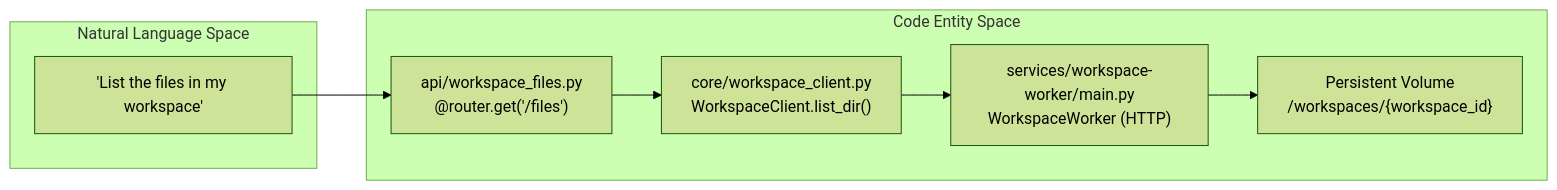
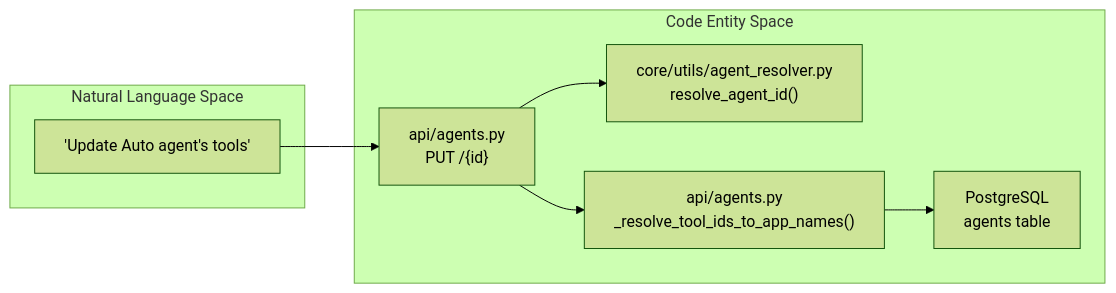
One commit to AutomatosAI/automatos-ai changed the second of 2 diagrams in docs/backend-architecture/api-router-organization.md. Above: the diagram before and after it, drawn with Mermaid (forest theme). The commit also changed other lines of this file and 153 other files, not shown here.

````diff
--- a/docs/backend-architecture/api-router-organization.md
+++ b/docs/backend-architecture/api-router-organization.md
@@ -132,18 +130,18 @@
 ```mermaid
 graph LR
     subgraph "Natural Language Space"
-        User["'List the files in my workspace'"]
+        User["'Update Auto agent's tools'"]
     end
 
     subgraph "Code Entity Space"
-        Router["api/workspace_files.py<br/>@router.get('/files')"]
-        Client["core/workspace_client.py<br/>WorkspaceClient.list_dir()"]
-        Worker["services/workspace-worker/main.py<br/>WorkspaceWorker (HTTP)"]
-        FS["Persistent Volume<br/>/workspaces/{workspace_id}"]
+        Router["api/agents.py<br/>PUT /{id}"]
+        Resolver["core/utils/agent_resolver.py<br/>resolve_agent_id()"]
+        ToolMap["api/agents.py<br/>_resolve_tool_ids_to_app_names()"]
+        DB["PostgreSQL<br/>agents table"]
     end
 
     User --> Router
-    Router --> Client
-    Client --> Worker
-    Worker --> FS
+    Router --> Resolver
+    Router --> ToolMap
+    ToolMap --> DB
 ```
````
